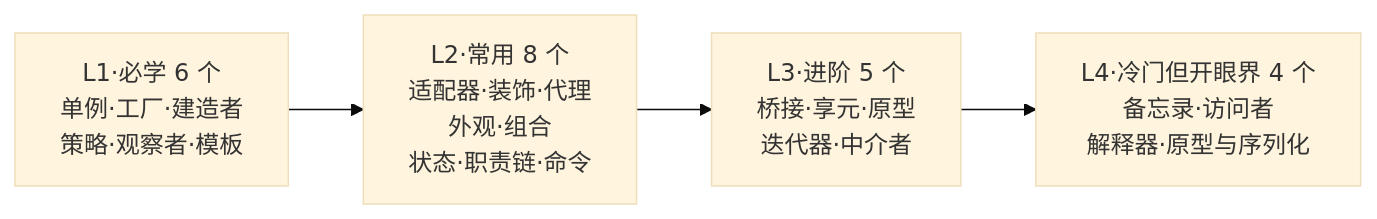
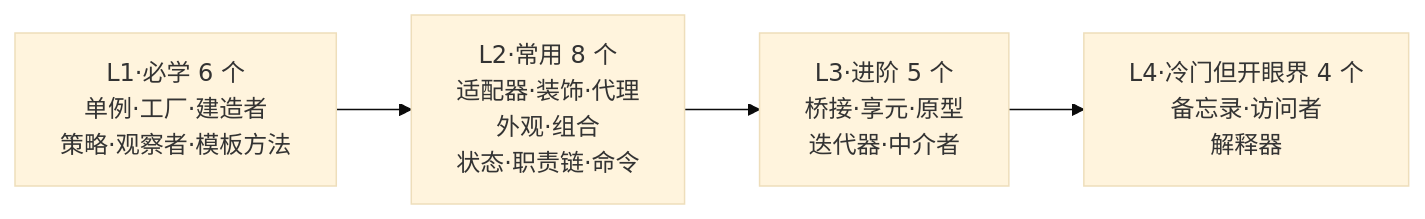
The second of 4 diagrams in docs/08.编程/03.巧学设计模式/24.23种设计模式概括.md (chongyang211/YCBookBlog), drawn with Mermaid (base theme) before and after one commit. The commit also changed other lines of this file and 13 other files, not shown here.

````diff
--- a/docs/08.编程/03.巧学设计模式/24.23种设计模式概括.md
+++ b/docs/08.编程/03.巧学设计模式/24.23种设计模式概括.md
@@ -73,7 +93,6 @@
 ```mermaid
 flowchart LR
-    L1[L1·必学 6 个<br/>单例·工厂·建造者<br/>策略·观察者·模板] --> L2
-    L2[L2·常用 8 个<br/>适配器·装饰·代理<br/>外观·组合<br/>状态·职责链·命令] --> L3
-    L3[L3·进阶 5 个<br/>桥接·享元·原型<br/>迭代器·中介者] --> L4
-    L4[L4·冷门但开眼界 4 个<br/>备忘录·访问者<br/>解释器·原型与序列化]
+    L1[L1·必学 6 个<br/>单例·工厂·建造者<br/>策略·观察者·模板方法] --> L2[L2·常用 8 个<br/>适配器·装饰·代理<br/>外观·组合<br/>状态·职责链·命令]
+    L2 --> L3[L3·进阶 5 个<br/>桥接·享元·原型<br/>迭代器·中介者]
+    L3 --> L4[L4·冷门但开眼界 4 个<br/>备忘录·访问者<br/>解释器]
 ```
````
